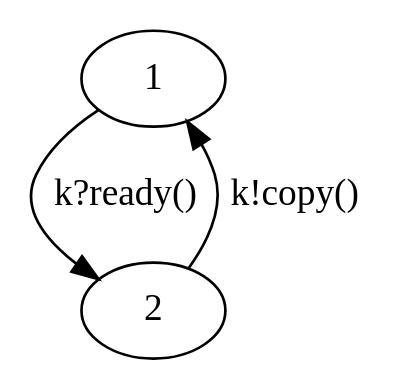
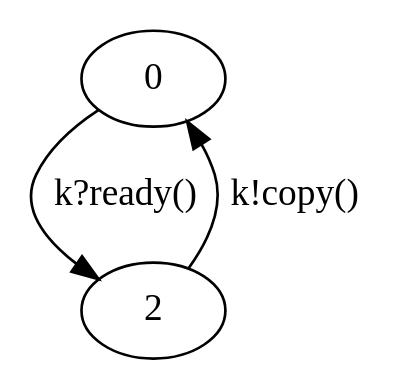
Before and after one commit to zakcutner/rumpsteak: the diagram in examples/Running examples/double-buffering/s_expected.dot, drawn with Graphviz. The commit also changed 2 other files, not shown here.

```diff
--- a/examples/Running examples/double-buffering/s_expected.dot
+++ b/examples/Running examples/double-buffering/s_expected.dot
@@ -1,9 +1,9 @@
 digraph s {
-  1;
+  0;
   2;
   
   
-  1 -> 2 [label="k?ready()", ];
-  2 -> 1 [label="k!copy()", ];
+  0 -> 2 [label="k?ready()", ];
+  2 -> 0 [label="k!copy()", ];
   
   }
```
